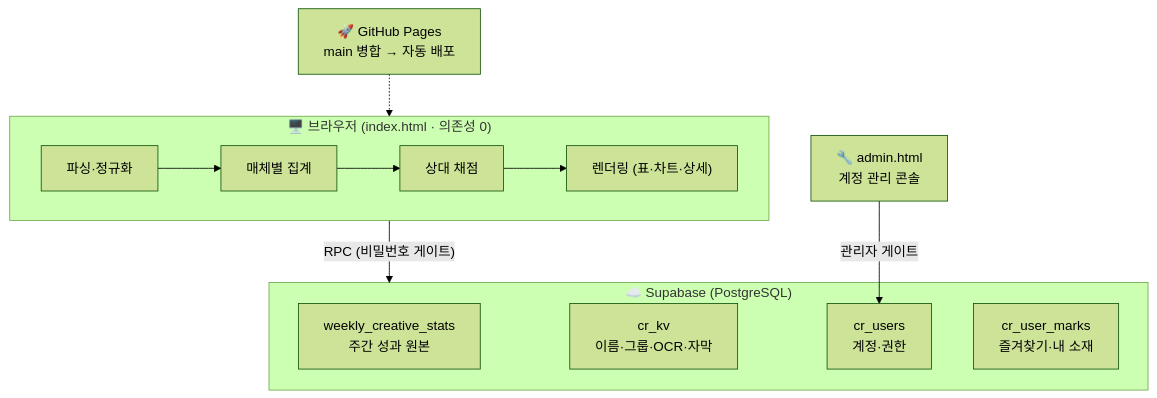
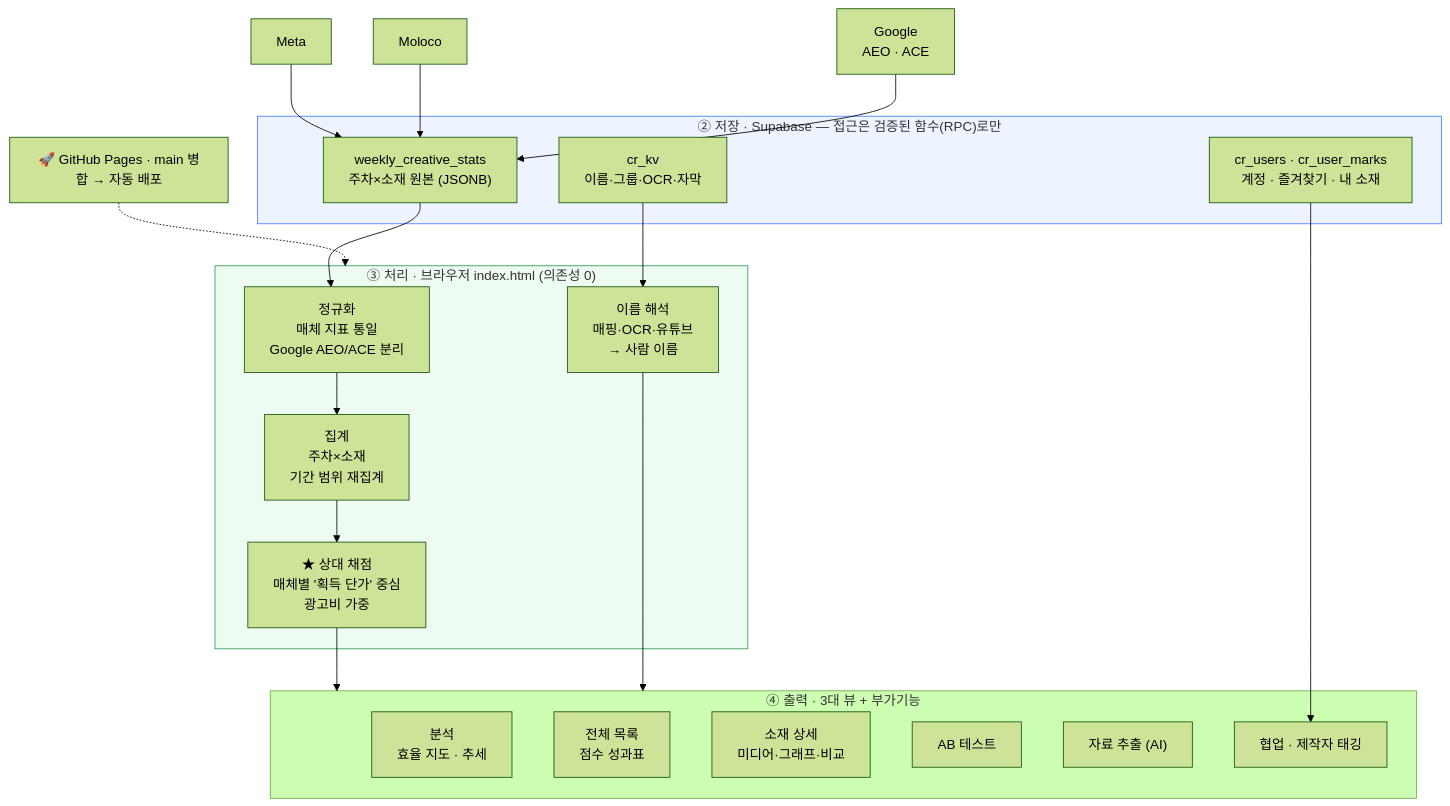
One commit to hansy-daangn/CreativeReporter changed the second of 4 diagrams in docs/PRESENTATION.md. Above: the diagram before and after it, drawn with Mermaid (forest theme). The commit also changed other lines of this file, not shown here.

````diff
--- a/docs/PRESENTATION.md
+++ b/docs/PRESENTATION.md
@@ -120,17 +128,41 @@
 ```mermaid
 flowchart TD
-    subgraph Client["🖥️ 브라우저 (index.html · 의존성 0)"]
-        P["파싱·정규화"] --> AGG["매체별 집계"]
-        AGG --> SC["상대 채점"]
-        SC --> R["렌더링 (표·차트·상세)"]
+    META["Meta"] --> W
+    MOL["Moloco"] --> W
+    GOOG["Google<br/>AEO · ACE"] --> W
+
+    subgraph STORE["② 저장 · Supabase — 접근은 검증된 함수(RPC)로만"]
+      W["weekly_creative_stats<br/>주차×소재 원본 (JSONB)"]
+      KV["cr_kv<br/>이름·그룹·OCR·자막"]
+      MK["cr_users · cr_user_marks<br/>계정 · 즐겨찾기 · 내 소재"]
     end
-    subgraph Backend["☁️ Supabase (PostgreSQL)"]
-        T1["weekly_creative_stats<br/>주간 성과 원본"]
-        T2["cr_kv<br/>이름·그룹·OCR·자막"]
-        T3["cr_users<br/>계정·권한"]
-        T4["cr_user_marks<br/>즐겨찾기·내 소재"]
+
+    subgraph BROW["③ 처리 · 브라우저 index.html (의존성 0)"]
+      NORM["정규화<br/>매체 지표 통일<br/>Google AEO/ACE 분리"]
+      AGG["집계<br/>주차×소재<br/>기간 범위 재집계"]
+      SCORE["★ 상대 채점<br/>매체별 '획득 단가' 중심<br/>광고비 가중"]
+      NAME["이름 해석<br/>매핑·OCR·유튜브<br/>→ 사람 이름"]
+      NORM --> AGG --> SCORE
     end
-    Client -- "RPC (비밀번호 게이트)" --> Backend
-    Admin["🔧 admin.html<br/>계정 관리 콘솔"] -- "관리자 게이트" --> T3
-    Deploy["🚀 GitHub Pages<br/>main 병합 → 자동 배포"] -.-> Client
+
+    subgraph OUT["④ 출력 · 3대 뷰 + 부가기능"]
+      V1["분석<br/>효율 지도 · 추세"]
+      V2["전체 목록<br/>점수 성과표"]
+      V3["소재 상세<br/>미디어·그래프·비교"]
+      AB["AB 테스트"]
+      EX["자료 추출 (AI)"]
+      CO["협업 · 제작자 태깅"]
+    end
+
+    W --> NORM
+    KV --> NAME
+    SCORE --> OUT
+    NAME --> OUT
+    MK --> CO
+    DEP["🚀 GitHub Pages · main 병합 → 자동 배포"] -.-> BROW
+
+    classDef store fill:#eef4ff,stroke:#4d7cff;
+    classDef brow fill:#eefbf0,stroke:#2e9e57;
+    class STORE store;
+    class BROW brow;
 ```
````
